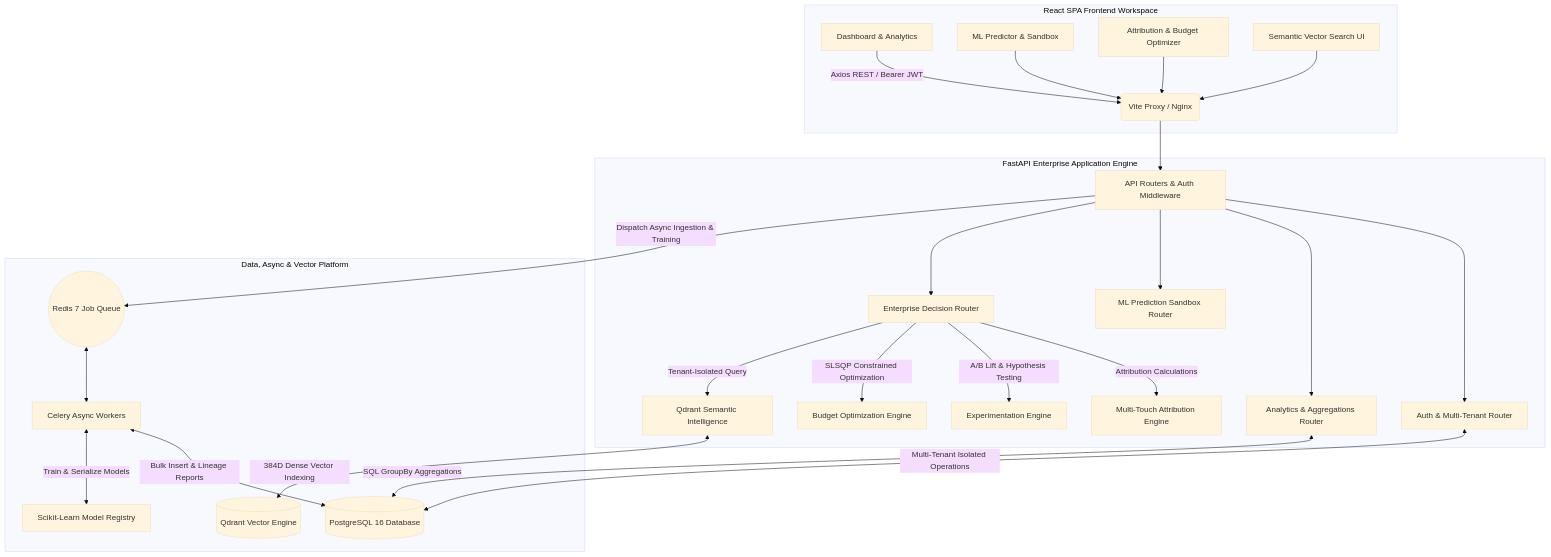
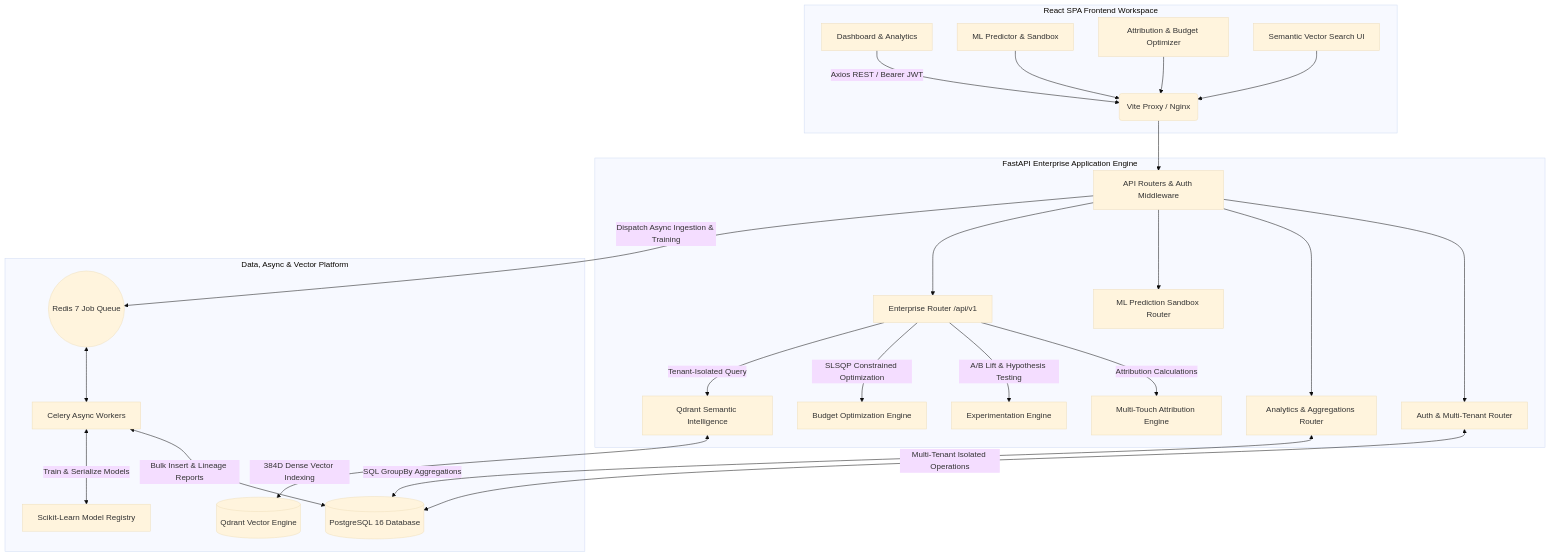
One commit to Yuyutsu01/MarketPulse changed the diagram in README.md. Above: the diagram before and after it, drawn with Mermaid (base theme). The commit also changed other lines of this file and 1 other file, not shown here.

Commit message:
docs: add PROJECT_STATUS.md detailing completed phases and future roadmap

````diff
--- a/README.md
+++ b/README.md
@@ -53,37 +74,37 @@
 ```mermaid
 graph TD
     %% Client & Gateway
     subgraph ClientLayer [React SPA Frontend Workspace]
         A[Dashboard & Analytics] -->|Axios REST / Bearer JWT| B(Vite Proxy / Nginx)
         C[ML Predictor & Sandbox] --> B
         D[Attribution & Budget Optimizer] --> B
         E[Semantic Vector Search UI] --> B
     end
 
     %% Application Server
     subgraph BackendLayer [FastAPI Enterprise Application Engine]
         B --> F[API Routers & Auth Middleware]
         F --> G[Auth & Multi-Tenant Router]
         F --> H[Analytics & Aggregations Router]
         F --> I[ML Prediction Sandbox Router]
-        F --> J[Enterprise Decision Router]
+        F --> J[Enterprise Router /api/v1]
 
         J -->|Attribution Calculations| K[Multi-Touch Attribution Engine]
         J -->|A/B Lift & Hypothesis Testing| L[Experimentation Engine]
         J -->|SLSQP Constrained Optimization| M[Budget Optimization Engine]
         J -->|Tenant-Isolated Query| N[Qdrant Semantic Intelligence]
     end
 
     %% Storage & Worker Async Infrastructure
     subgraph Infrastructure [Data, Async & Vector Platform]
         G <-->|Multi-Tenant Isolated Operations| O[(PostgreSQL 16 Database)]
         H <-->|SQL GroupBy Aggregations| O
         
         F -->|Dispatch Async Ingestion & Training| P((Redis 7 Job Queue))
         P <--> Q[Celery Async Workers]
         Q <-->|Bulk Insert & Lineage Reports| O
         Q <-->|Train & Serialize Models| R[Scikit-Learn Model Registry]
         
         N <-->|384D Dense Vector Indexing| S[(Qdrant Vector Engine)]
     end
 ```
````
